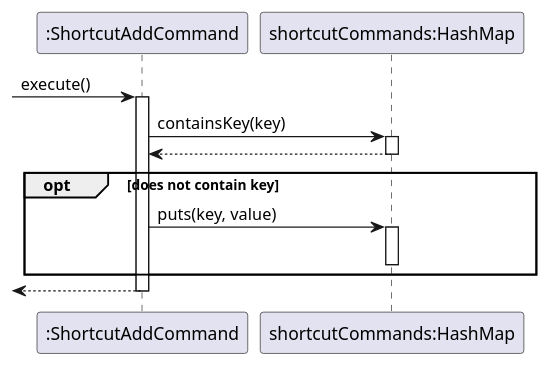
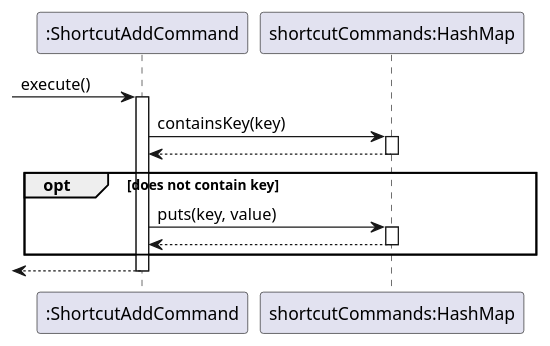
Before and after one commit to nus-cs2113-AY2223S2/tp: the diagram in docs/diagrams/ShortcutAddCommand.puml, drawn with PlantUML. The commit also changed 1 other file, not shown here.

Commit message:
Update Shortcut add and delete diagrams for consistency

```diff
--- a/docs/diagrams/ShortcutAddCommand.puml
+++ b/docs/diagrams/ShortcutAddCommand.puml
@@ -1,27 +1,29 @@
 @startuml
 participant ":ShortcutAddCommand" as ShortcutAddCommand
 participant "shortcutCommands:HashMap" as shortcutCommands
 
 [-> ShortcutAddCommand : execute()
 activate ShortcutAddCommand
 
 ShortcutAddCommand -> shortcutCommands : containsKey(key)
 activate shortcutCommands
 shortcutCommands --> ShortcutAddCommand
 
 deactivate shortcutCommands
 
 
 opt does not contain key
 
 
 ShortcutAddCommand -> shortcutCommands : puts(key, value)
 activate shortcutCommands
+shortcutCommands --> ShortcutAddCommand
+
 deactivate shortcutCommands
 
 end
 [<--ShortcutAddCommand
 deactivate ShortcutAddCommand
 
 
 @enduml
```
